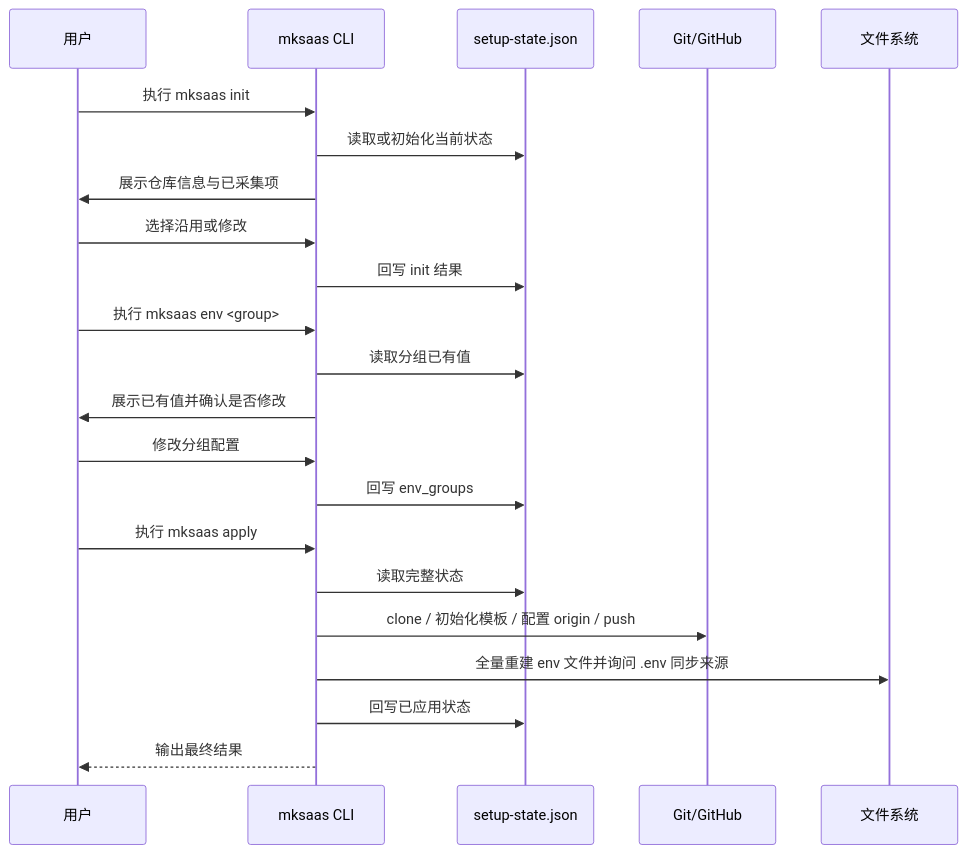
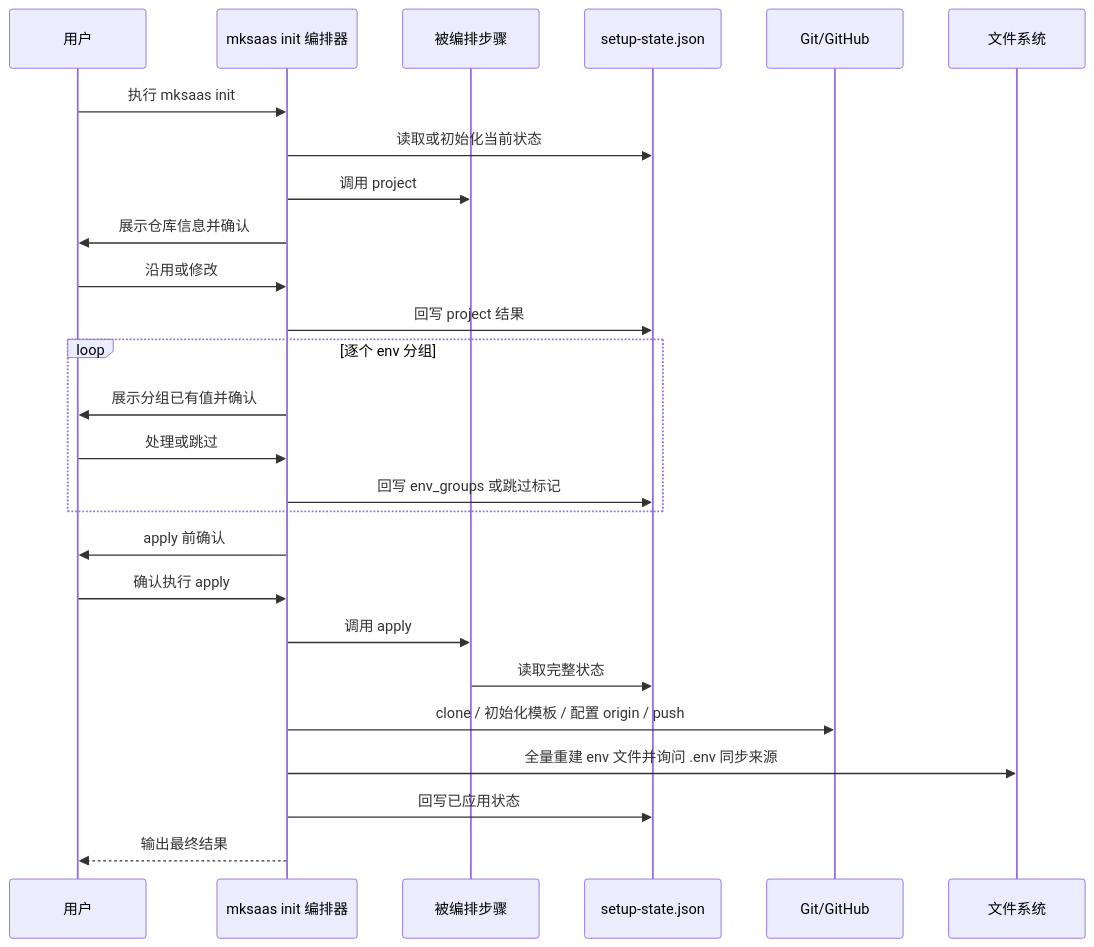
One commit to CaffeineOddity/mksaas_command changed the second of 2 diagrams in REQUIREMENTS.md. Above: the diagram before and after it, drawn with Mermaid. The commit also changed other lines of this file and 4 other files, not shown here.

First line of the commit message:
docs: init 改为编排器 + 新增 project 命令 + 逐步可省 project

````diff
--- a/REQUIREMENTS.md
+++ b/REQUIREMENTS.md
@@ -228,25 +234,29 @@
 ```mermaid
 sequenceDiagram
     participant U as 用户
-    participant C as mksaas CLI
+    participant C as mksaas init 编排器
+    participant S as 被编排步骤
     participant J as setup-state.json
     participant G as Git/GitHub
     participant F as 文件系统
 
     U->>C: 执行 mksaas init
     C->>J: 读取或初始化当前状态
-    C->>U: 展示仓库信息与已采集项
-    U->>C: 选择沿用或修改
-    C->>J: 回写 init 结果
-    U->>C: 执行 mksaas env <group>
-    C->>J: 读取分组已有值
-    C->>U: 展示已有值并确认是否修改
-    U->>C: 修改分组配置
-    C->>J: 回写 env_groups
-    U->>C: 执行 mksaas apply
-    C->>J: 读取完整状态
+    C->>S: 调用 project
+    C->>U: 展示仓库信息并确认
+    U->>C: 沿用或修改
+    C->>J: 回写 project 结果
+    loop 逐个 env 分组
+        C->>U: 展示分组已有值并确认
+        U->>C: 处理或跳过
+        C->>J: 回写 env_groups 或跳过标记
+    end
+    C->>U: apply 前确认
+    U->>C: 确认执行 apply
+    C->>S: 调用 apply
+    S->>J: 读取完整状态
     C->>G: clone / 初始化模板 / 配置 origin / push
     C->>F: 全量重建 env 文件并询问 .env 同步来源
     C->>J: 回写已应用状态
     C-->>U: 输出最终结果
 ```
````
